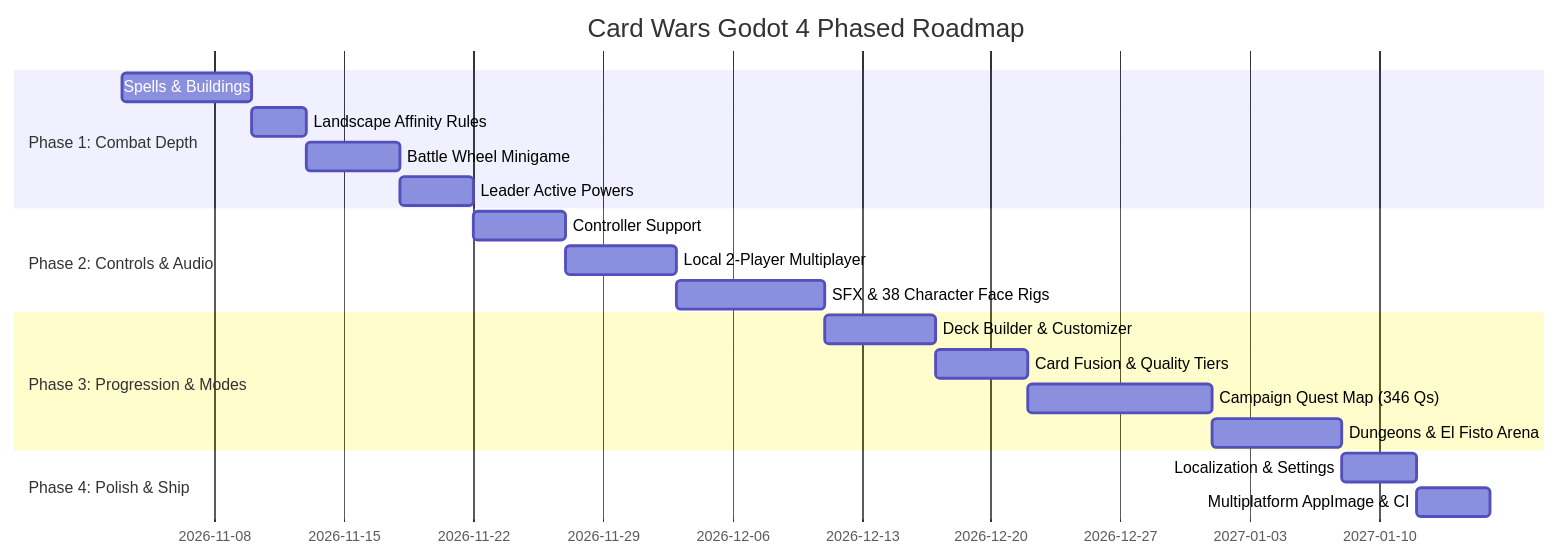
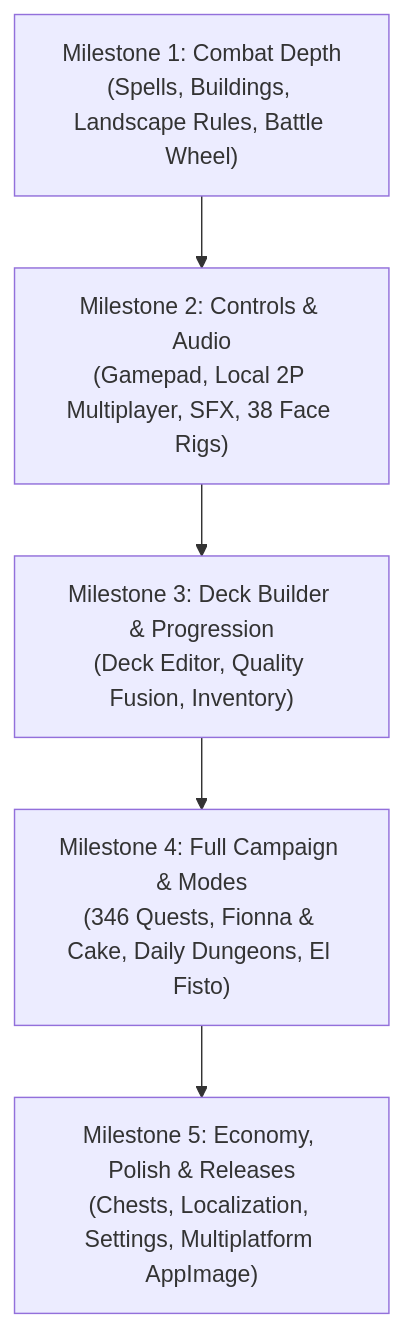
Before and after one commit to Veras-D/CardWarsForLinux: the diagram in BACKLOG.md, drawn with Mermaid. The commit also changed other lines of this file, not shown here.

Commit message:
Update BACKLOG.md into exhaustive engineering manual with formulas, schemas, and acceptance criteria

````diff
--- a/BACKLOG.md
+++ b/BACKLOG.md
@@ -297,22 +422,7 @@
 ```mermaid
-gantt
-    title Card Wars Godot 4 Phased Roadmap
-    dateFormat  YYYY-MM-DD
-    section Phase 1: Combat Depth
-    Spells & Buildings           :p1_1, 2026-11-03, 7d
-    Landscape Affinity Rules     :p1_2, after p1_1, 3d
-    Battle Wheel Minigame        :p1_3, after p1_2, 5d
-    Leader Active Powers         :p1_4, after p1_3, 4d
-    section Phase 2: Controls & Audio
-    Controller Support           :p2_1, after p1_4, 5d
-    Local 2-Player Multiplayer   :p2_2, after p2_1, 6d
-    SFX & 38 Character Face Rigs :p2_3, after p2_2, 8d
-    section Phase 3: Progression & Modes
-    Deck Builder & Customizer    :p3_1, after p2_3, 6d
-    Card Fusion & Quality Tiers  :p3_2, after p3_1, 5d
-    Campaign Quest Map (346 Qs)  :p3_3, after p3_2, 10d
-    Dungeons & El Fisto Arena    :p3_4, after p3_3, 7d
-    section Phase 4: Polish & Ship
-    Localization & Settings      :p4_1, after p3_4, 4d
-    Multiplatform AppImage & CI  :p4_2, after p4_1, 4d
+flowchart TD
+    M1["Milestone 1: Combat Depth<br>(Spells, Buildings, Landscape Rules, Battle Wheel)"] --> M2["Milestone 2: Controls & Audio<br>(Gamepad, Local 2P Multiplayer, SFX, 38 Face Rigs)"]
+    M2 --> M3["Milestone 3: Deck Builder & Progression<br>(Deck Editor, Quality Fusion, Inventory)"]
+    M3 --> M4["Milestone 4: Full Campaign & Modes<br>(346 Quests, Fionna & Cake, Daily Dungeons, El Fisto)"]
+    M4 --> M5["Milestone 5: Economy, Polish & Releases<br>(Chests, Localization, Settings, Multiplatform AppImage)"]
 ```
````
